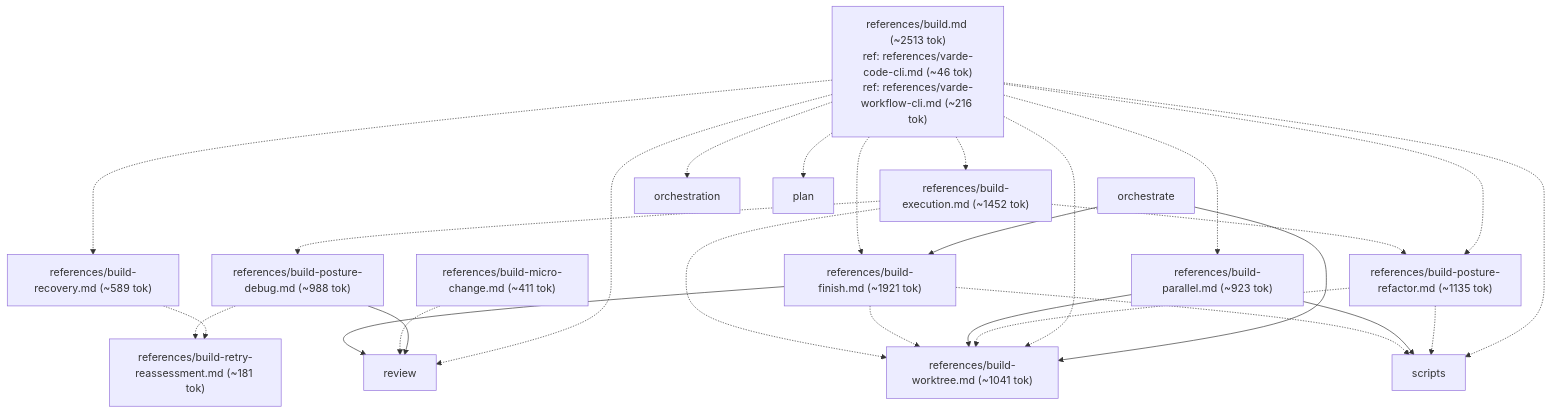
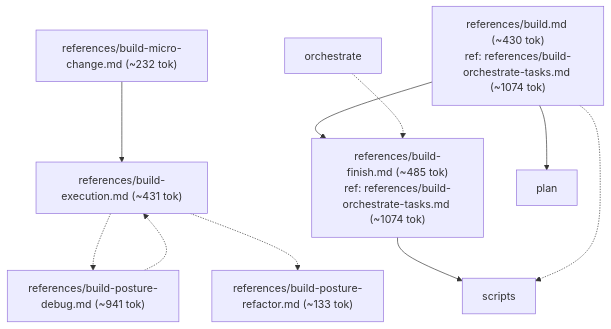
The second of 8 diagrams in skills/varde-change/FLOW.md (alecegg/varde), drawn with Mermaid before and after one commit. The commit also changed other lines of this file and 1293 other files, not shown here.

````diff
--- a/skills/varde-change/FLOW.md
+++ b/skills/varde-change/FLOW.md
@@ -64,44 +49,21 @@
 ```mermaid
 flowchart TD
-  n0["references/build-execution.md (~1452 tok)"]
-  n1["references/build-finish.md (~1921 tok)"]
-  n2["references/build-micro-change.md (~411 tok)"]
-  n3["references/build-parallel.md (~923 tok)"]
-  n4["references/build-posture-debug.md (~988 tok)"]
-  n5["references/build-posture-refactor.md (~1135 tok)"]
-  n6["references/build-recovery.md (~589 tok)"]
-  n7["references/build-retry-reassessment.md (~181 tok)"]
-  n8["references/build-worktree.md (~1041 tok)"]
-  n9["references/build.md (~2513 tok)<br/>ref: references/varde-code-cli.md (~46 tok)<br/>ref: references/varde-workflow-cli.md (~216 tok)"]
-  n10["orchestrate"]
-  n11["orchestration"]
-  n12["plan"]
-  n13["review"]
-  n14["scripts"]
+  n0["references/build-execution.md (~431 tok)"]
+  n1["references/build-finish.md (~485 tok)<br/>ref: references/build-orchestrate-tasks.md (~1074 tok)"]
+  n2["references/build-micro-change.md (~232 tok)"]
+  n3["references/build-posture-debug.md (~941 tok)"]
+  n4["references/build-posture-refactor.md (~133 tok)"]
+  n5["references/build.md (~430 tok)<br/>ref: references/build-orchestrate-tasks.md (~1074 tok)"]
+  n6["orchestrate"]
+  n7["plan"]
+  n8["scripts"]
+  n0 -.-> n3
   n0 -.-> n4
-  n0 -.-> n5
-  n0 -.-> n8
-  n1 -.-> n8
-  n1 --> n13
-  n1 -.-> n14
-  n2 -.-> n13
-  n3 --> n8
-  n3 --> n14
-  n4 -.-> n7
-  n4 --> n13
+  n1 --> n8
+  n2 --> n0
+  n3 -.-> n0
+  n5 --> n1
+  n5 --> n7
   n5 -.-> n8
-  n5 -.-> n14
-  n6 -.-> n7
-  n9 -.-> n0
-  n9 -.-> n1
-  n9 -.-> n3
-  n9 -.-> n5
-  n9 -.-> n6
-  n9 -.-> n8
-  n9 -.-> n11
-  n9 -.-> n12
-  n9 -.-> n13
-  n9 -.-> n14
-  n10 --> n1
-  n10 --> n8
+  n6 -.-> n1
 ```
````
